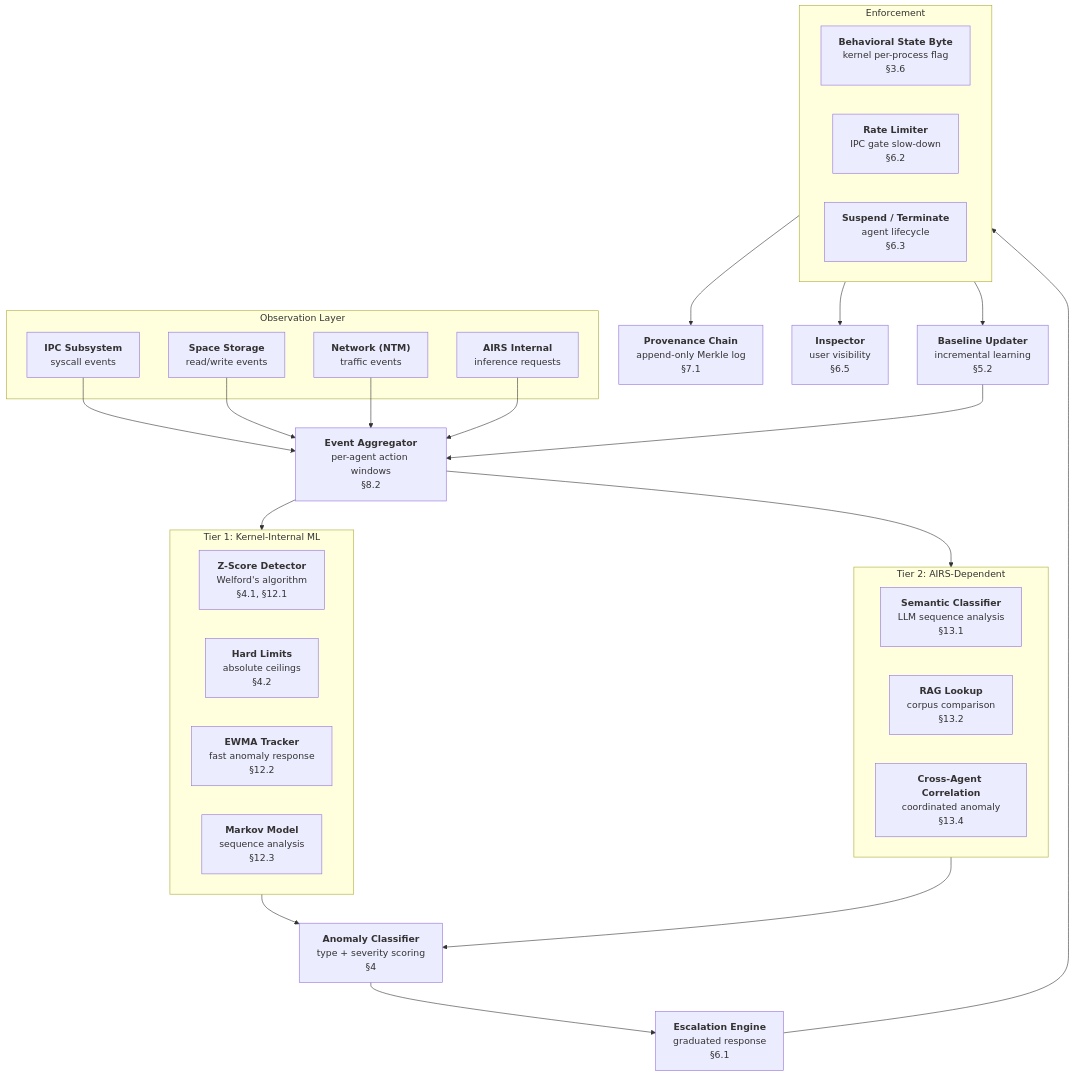
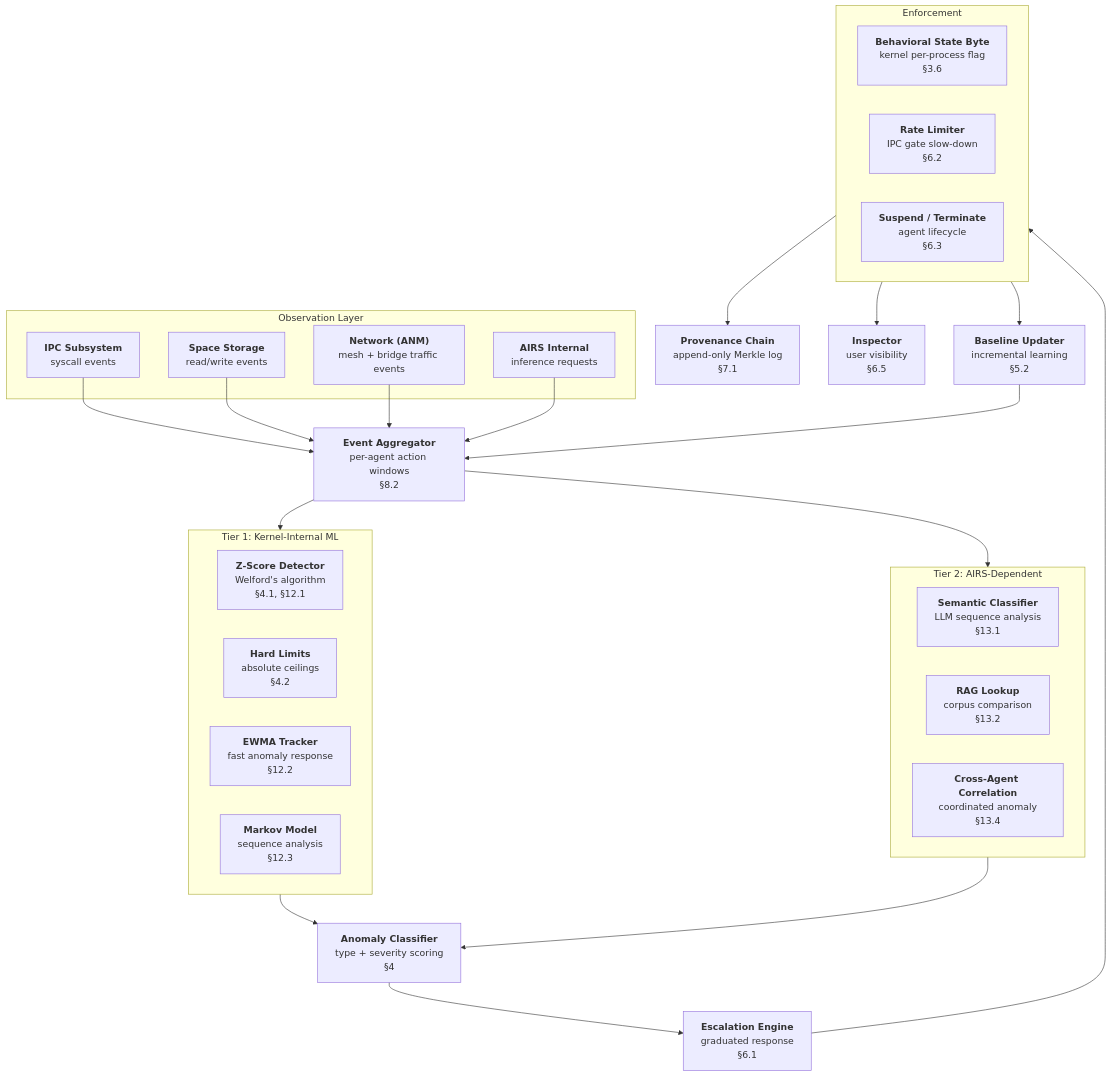
The diagram in docs/intelligence/behavioral-monitor.md (juslee/aios), drawn with Mermaid before and after one commit. The commit also changed 74 other files, not shown here.

First line of the commit message:
ANM: AI Network Model — replace OSI with mesh-native networking (#139)

```diff
--- a/docs/intelligence/behavioral-monitor.md
+++ b/docs/intelligence/behavioral-monitor.md
@@ -96,15 +96,15 @@
         syscall events`"]
         SS["`**Space Storage**
         read/write events`"]
-        NTM["`**Network (NTM)**
-        traffic events`"]
+        ANM["`**Network (ANM)**
+        mesh + bridge traffic events`"]
         AIRS_INT["`**AIRS Internal**
         inference requests`"]
     end
 
     IPC --> AGG
     SS --> AGG
-    NTM --> AGG
+    ANM --> AGG
     AIRS_INT --> AGG
 
     AGG["`**Event Aggregator**
```
